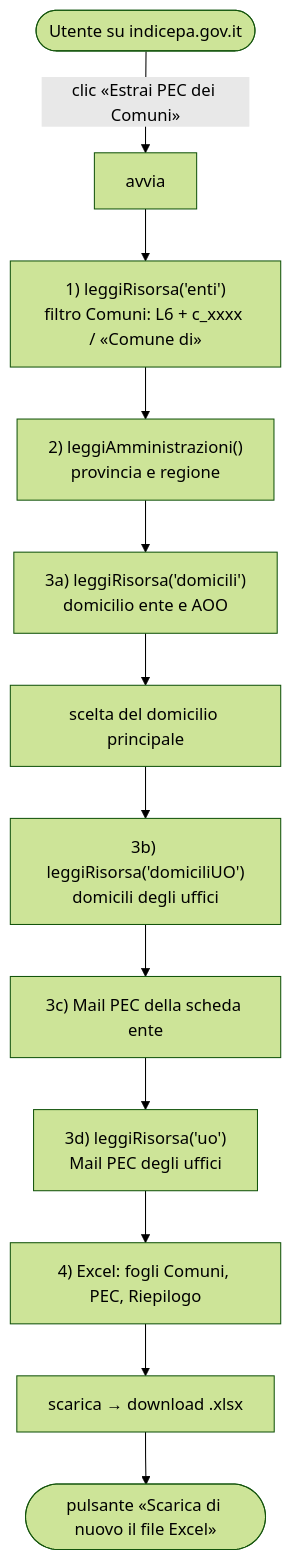
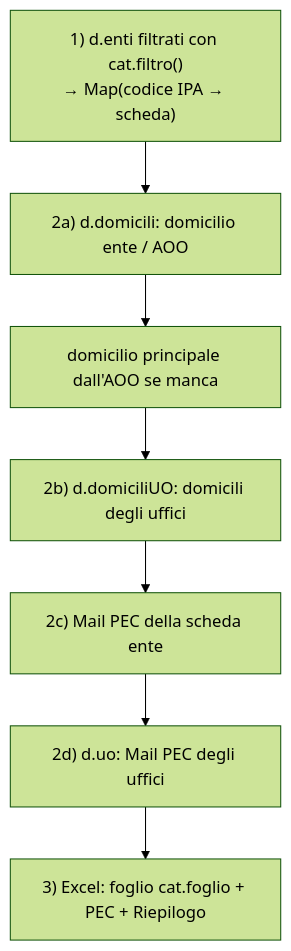
One commit to ingegnererecca-web/pec-comuni-italiani changed the second of 3 diagrams in GRAPH.md. Above: the diagram before and after it, drawn with Mermaid (forest theme). The commit also changed other lines of this file, not shown here.

Commit message:
GRAPH.md aggiornato alla v1.1.0 (Comuni e Scuole)

````diff
--- a/GRAPH.md
+++ b/GRAPH.md
@@ -7,14 +27,9 @@
 ```mermaid
 flowchart TD
-    U([Utente su indicepa.gov.it]) -->|clic «Estrai PEC dei Comuni»| A[avvia]
-    A --> E1["1) leggiRisorsa('enti')<br/>filtro Comuni: L6 + c_xxxx / «Comune di»"]
-    E1 --> E2["2) leggiAmministrazioni()<br/>provincia e regione"]
-    E2 --> E3a["3a) leggiRisorsa('domicili')<br/>domicilio ente e AOO"]
-    E3a --> DP[scelta del domicilio principale]
-    DP --> E3b["3b) leggiRisorsa('domiciliUO')<br/>domicili degli uffici"]
-    E3b --> E3c["3c) Mail PEC della scheda ente"]
-    E3c --> E3d["3d) leggiRisorsa('uo')<br/>Mail PEC degli uffici"]
-    E3d --> X["4) Excel: fogli Comuni, PEC, Riepilogo"]
-    X --> S[scarica → download .xlsx]
-    S --> B([pulsante «Scarica di nuovo il file Excel»])
+    S1["1) d.enti filtrati con cat.filtro()<br/>→ Map(codice IPA → scheda)"] --> S2a["2a) d.domicili: domicilio ente / AOO"]
+    S2a --> S2p["domicilio principale dall'AOO se manca"]
+    S2p --> S2b["2b) d.domiciliUO: domicili degli uffici"]
+    S2b --> S2c["2c) Mail PEC della scheda ente"]
+    S2c --> S2d["2d) d.uo: Mail PEC degli uffici"]
+    S2d --> S3["3) Excel: foglio cat.foglio + PEC + Riepilogo"]
 ```
````
